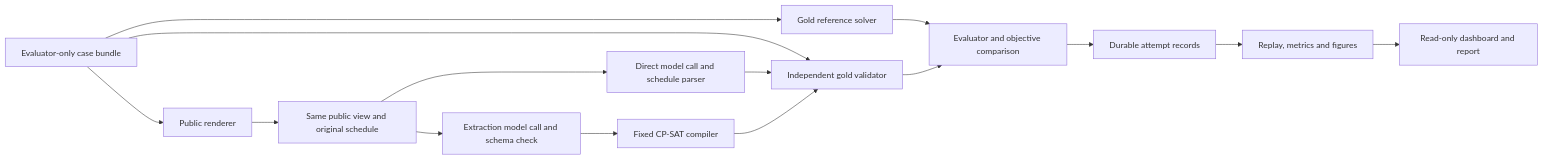
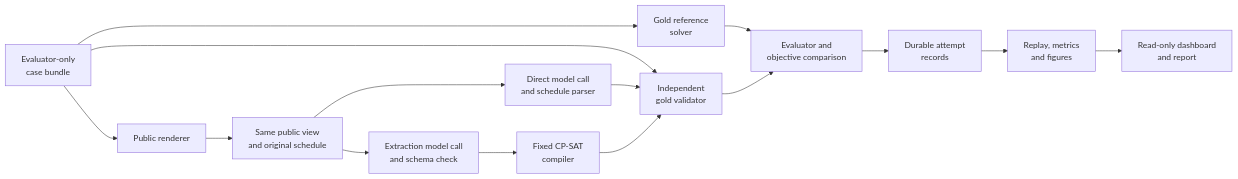
The diagram in planning.md (JellyPenguinnn/cs3263_group23), drawn with Mermaid before and after one commit. The commit also changed 7 other files, not shown here.

Commit message:
Improve diagram label wrapping and report arrow readability

````diff
--- a/planning.md
+++ b/planning.md
@@ -96,17 +96,17 @@
 ```mermaid
 flowchart LR
-    C[Evaluator-only case bundle] --> R[Public renderer]
-    R --> V[Same public view and original schedule]
-    V --> A[Direct model call and schedule parser]
-    V --> B[Extraction model call and schema check]
-    B --> S[Fixed CP-SAT compiler]
-    C --> G[Gold reference solver]
-    C --> I[Independent gold validator]
+    C[Evaluator-only<br/>case bundle] --> R[Public renderer]
+    R --> V[Same public view<br/>and original schedule]
+    V --> A[Direct model call<br/>and schedule parser]
+    V --> B[Extraction model call<br/>and schema check]
+    B --> S[Fixed CP-SAT<br/>compiler]
+    C --> G[Gold reference<br/>solver]
+    C --> I[Independent<br/>gold validator]
     A --> I
     S --> I
-    G --> E[Evaluator and objective comparison]
+    G --> E[Evaluator and<br/>objective comparison]
     I --> E
-    E --> D[Durable attempt records]
-    D --> P[Replay, metrics and figures]
-    P --> U[Read-only dashboard and report]
+    E --> D[Durable attempt<br/>records]
+    D --> P[Replay, metrics<br/>and figures]
+    P --> U[Read-only dashboard<br/>and report]
 ```
````
